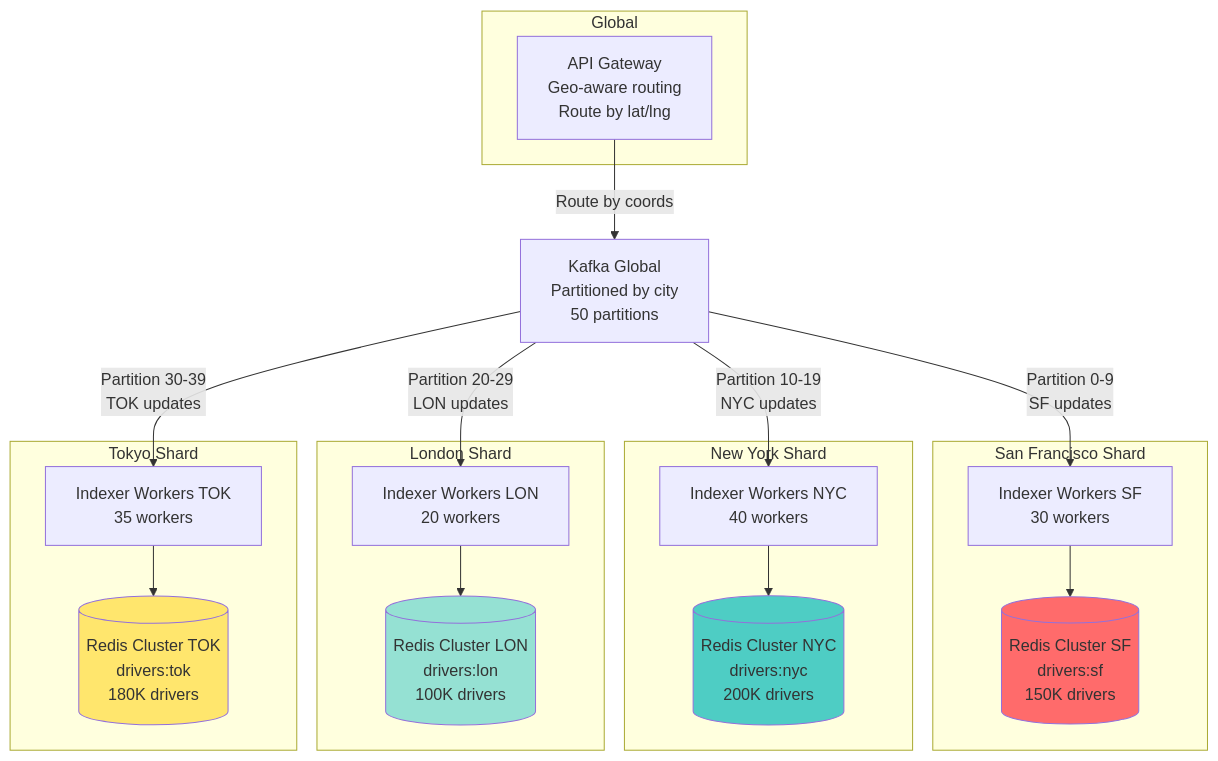
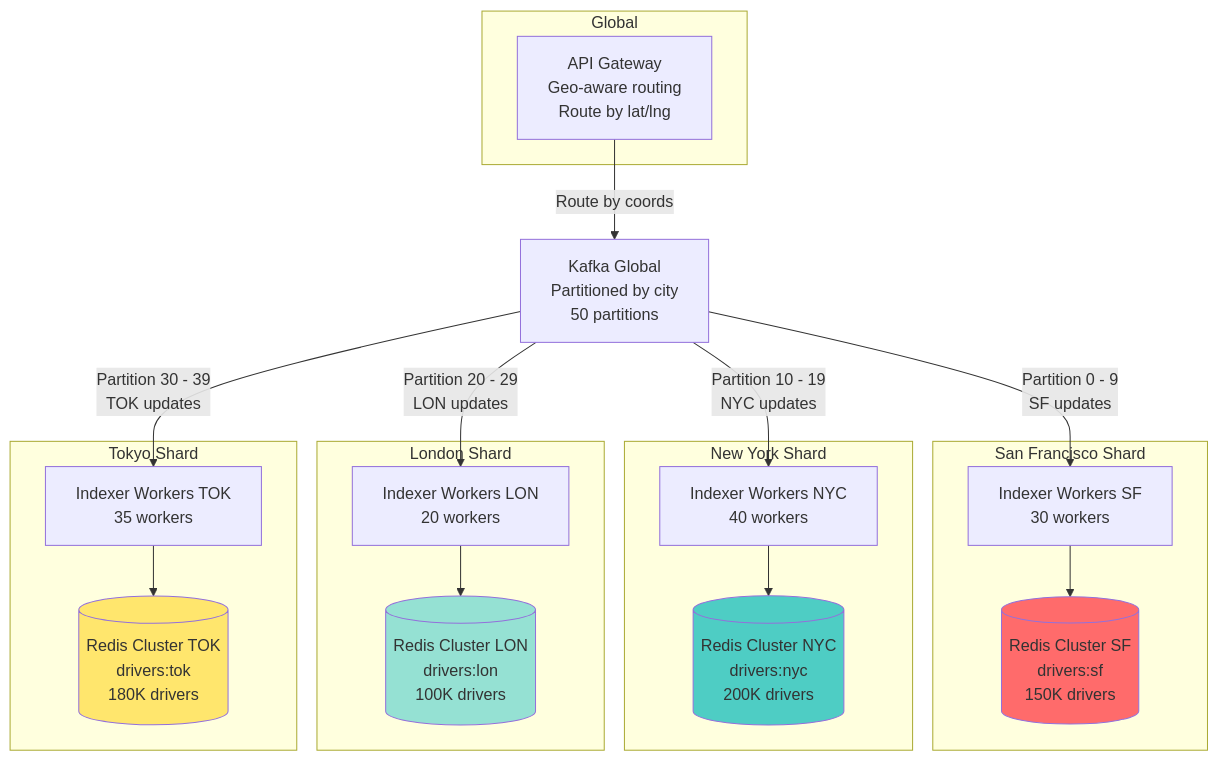
The sixth of 14 diagrams in 03-challenges/3.3.2-uber-ride-matching/hld-diagram.md (piyush7199/hld-architecture-handbook), drawn with Mermaid before and after one commit. The commit also changed other lines of this file and 23 other files, not shown here.

````diff
--- a/03-challenges/3.3.2-uber-ride-matching/hld-diagram.md
+++ b/03-challenges/3.3.2-uber-ride-matching/hld-diagram.md
@@ -386,45 +383,41 @@
 ```mermaid
 graph TB
     subgraph Global
         Gateway[API Gateway<br/>Geo-aware routing<br/>Route by lat/lng]
     end
-    
+
     subgraph San Francisco Shard
         RedisSF[(Redis Cluster SF<br/>drivers:sf<br/>150K drivers)]
         WorkerSF[Indexer Workers SF<br/>30 workers]
     end
-    
+
     subgraph New York Shard
         RedisNYC[(Redis Cluster NYC<br/>drivers:nyc<br/>200K drivers)]
         WorkerNYC[Indexer Workers NYC<br/>40 workers]
     end
-    
+
     subgraph London Shard
         RedisLON[(Redis Cluster LON<br/>drivers:lon<br/>100K drivers)]
         WorkerLON[Indexer Workers LON<br/>20 workers]
     end
-    
+
     subgraph Tokyo Shard
         RedisTOK[(Redis Cluster TOK<br/>drivers:tok<br/>180K drivers)]
         WorkerTOK[Indexer Workers TOK<br/>35 workers]
     end
-    
+
     KafkaGlobal[Kafka Global<br/>Partitioned by city<br/>50 partitions]
-    
     Gateway -->|Route by coords| KafkaGlobal
-    
-    KafkaGlobal -->|Partition 0-9<br/>SF updates| WorkerSF
-    KafkaGlobal -->|Partition 10-19<br/>NYC updates| WorkerNYC
-    KafkaGlobal -->|Partition 20-29<br/>LON updates| WorkerLON
-    KafkaGlobal -->|Partition 30-39<br/>TOK updates| WorkerTOK
-    
+    KafkaGlobal -->|Partition 0 - 9<br/>SF updates| WorkerSF
+    KafkaGlobal -->|Partition 10 - 19<br/>NYC updates| WorkerNYC
+    KafkaGlobal -->|Partition 20 - 29<br/>LON updates| WorkerLON
+    KafkaGlobal -->|Partition 30 - 39<br/>TOK updates| WorkerTOK
     WorkerSF --> RedisSF
     WorkerNYC --> RedisNYC
     WorkerLON --> RedisLON
     WorkerTOK --> RedisTOK
-    
-    style RedisSF fill:#ff6b6b
-    style RedisNYC fill:#4ecdc4
-    style RedisLON fill:#95e1d3
-    style RedisTOK fill:#ffe66d
+    style RedisSF fill: #ff6b6b
+    style RedisNYC fill: #4ecdc4
+    style RedisLON fill: #95e1d3
+    style RedisTOK fill: #ffe66d
 ```
````
